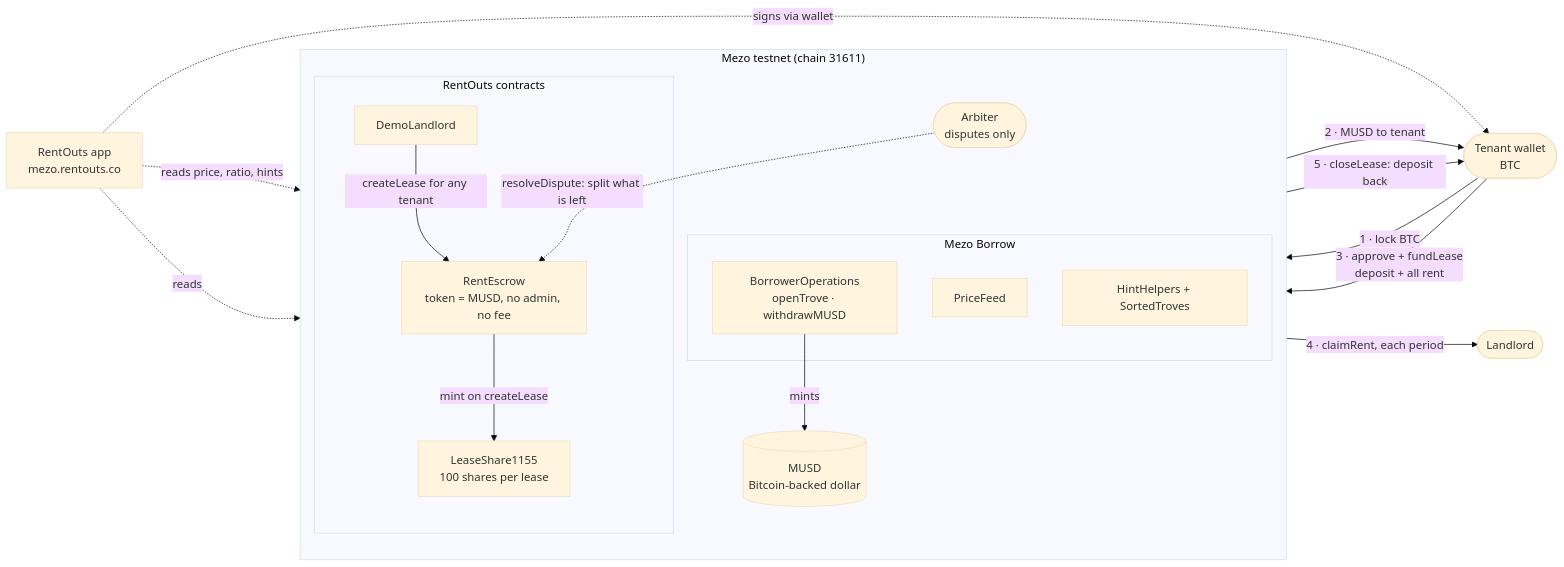
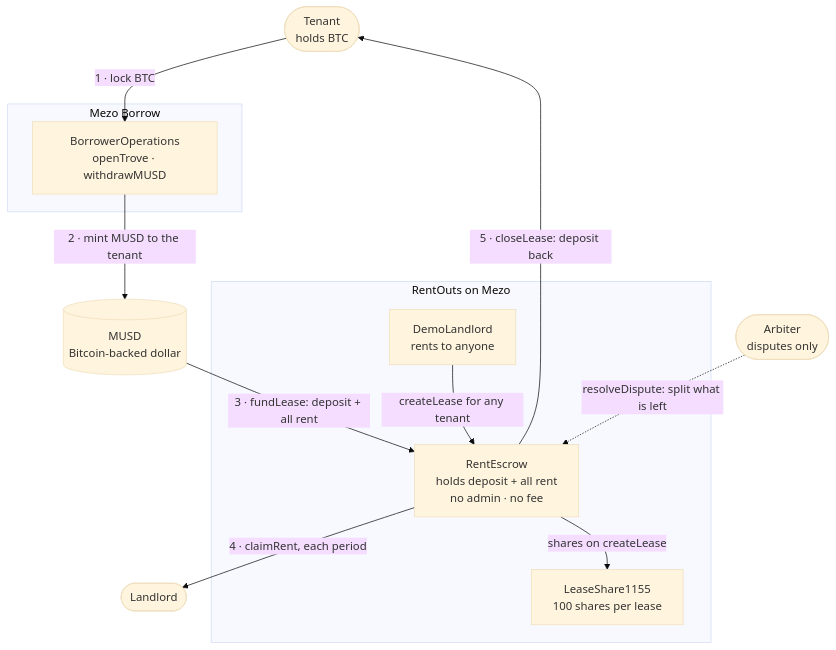
The first of 3 diagrams in README.md (AiAlchemist0/rentouts-musd), drawn with Mermaid (base theme) before and after one commit. The commit also changed other lines of this file, not shown here.

Commit message:
docs: cleaner system map

````diff
--- a/README.md
+++ b/README.md
@@ -70,35 +70,28 @@
 ```mermaid
-flowchart LR
-    T(["Tenant wallet<br/>BTC"])
-    L(["Landlord"])
-    APP["RentOuts app<br/>mezo.rentouts.co"]
+flowchart TB
+    T(["Tenant<br/>holds BTC"])
 
-    subgraph MEZO["Mezo testnet (chain 31611)"]
-        direction TB
-        subgraph BORROW["Mezo Borrow"]
-            BO["BorrowerOperations<br/>openTrove · withdrawMUSD"]
-            PF["PriceFeed"]
-            HH["HintHelpers + SortedTroves"]
-        end
-        MUSD[("MUSD<br/>Bitcoin-backed dollar")]
-        subgraph RO["RentOuts contracts"]
-            ESC["RentEscrow<br/>token = MUSD, no admin, no fee"]
-            LS["LeaseShare1155<br/>100 shares per lease"]
-            DL["DemoLandlord"]
-        end
-        ARB(["Arbiter<br/>disputes only"])
+    subgraph MB["Mezo Borrow"]
+        BO["BorrowerOperations<br/>openTrove · withdrawMUSD"]
     end
 
-    T -- "1 · lock BTC" --> BO
-    BO -- "mints" --> MUSD
-    MUSD -- "2 · MUSD to tenant" --> T
-    T -- "3 · approve + fundLease<br/>deposit + all rent" --> ESC
-    ESC -- "4 · claimRent, each period" --> L
-    ESC -- "5 · closeLease: deposit back" --> T
-    ESC -- "mint on createLease" --> LS
-    DL -- "createLease for any tenant" --> ESC
-    ARB -. "resolveDispute: split what is left" .-> ESC
-    APP -. "reads price, ratio, hints" .-> PF
-    APP -. "reads" .-> HH
-    APP -. "signs via wallet" .-> T
+    M[("MUSD<br/>Bitcoin-backed dollar")]
+
+    subgraph RO["RentOuts on Mezo"]
+        ESC["RentEscrow<br/>holds deposit + all rent<br/>no admin · no fee"]
+        LS["LeaseShare1155<br/>100 shares per lease"]
+        DL["DemoLandlord<br/>rents to anyone"]
+    end
+
+    L(["Landlord"])
+    ARB(["Arbiter<br/>disputes only"])
+
+    T -->|"1 · lock BTC"| BO
+    BO -->|"2 · mint MUSD to the tenant"| M
+    M -->|"3 · fundLease: deposit + all rent"| ESC
+    ESC -->|"4 · claimRent, each period"| L
+    ESC -->|"5 · closeLease: deposit back"| T
+    ESC -->|"shares on createLease"| LS
+    DL -->|"createLease for any tenant"| ESC
+    ARB -.->|"resolveDispute: split what is left"| ESC
 ```
````
